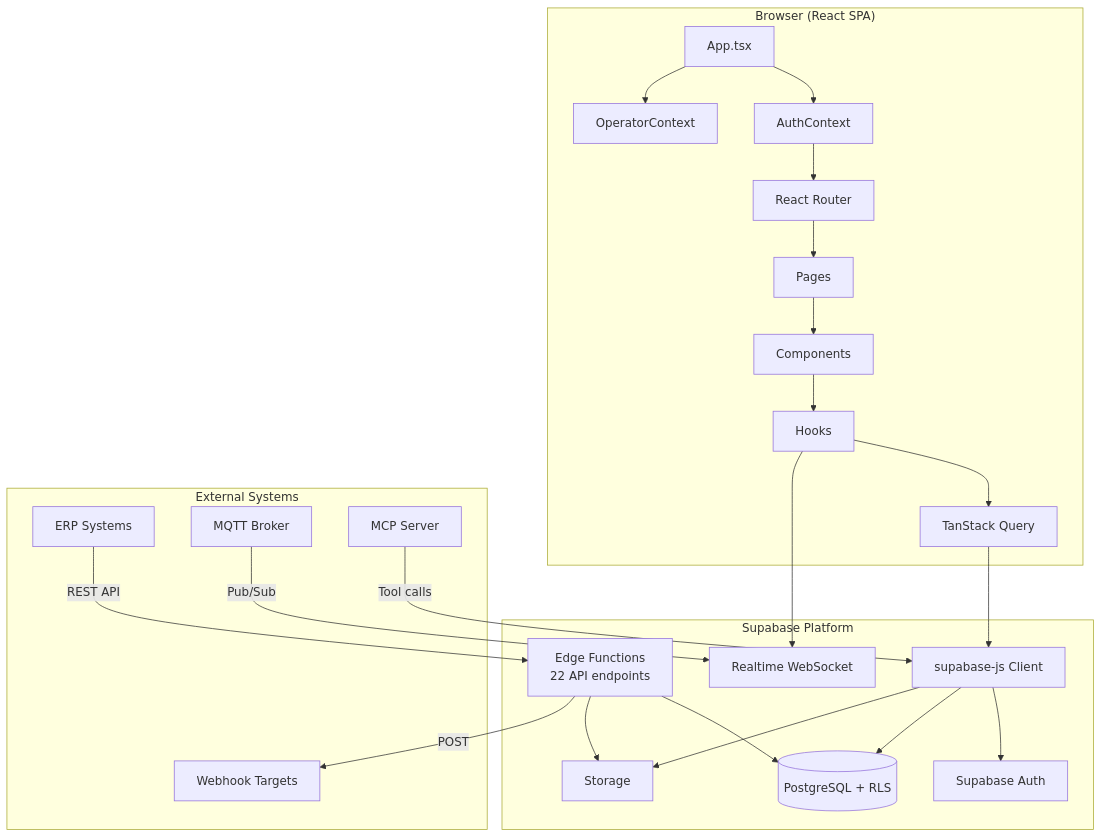
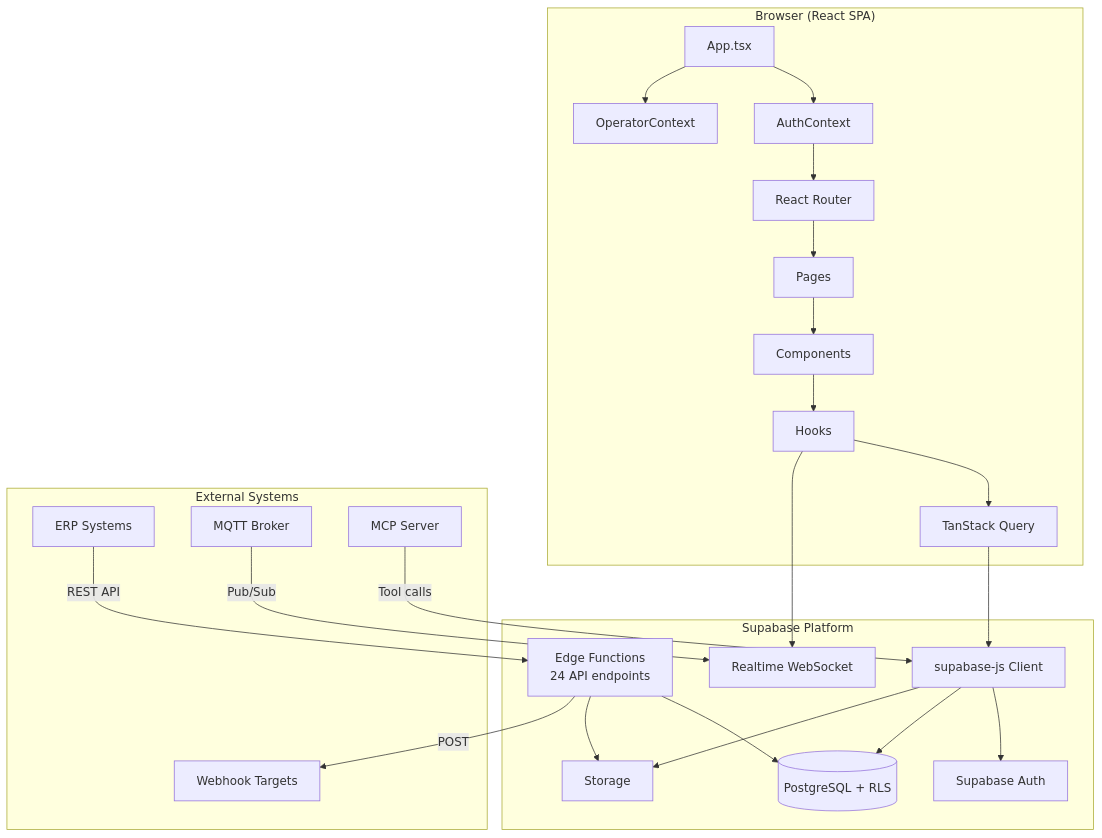
Before and after one commit to SheetMetalConnect/eryxon-flow: the first of 6 diagrams in docs/ARCHITECTURE.md, drawn with Mermaid. The commit also changed other lines of this file and 2 other files, not shown here.

Commit message:
docs: add batch API endpoints to API catalog and architecture docs

````diff
--- a/docs/ARCHITECTURE.md
+++ b/docs/ARCHITECTURE.md
@@ -7,48 +7,48 @@
 ```mermaid
 graph TB
     subgraph Client["Browser (React SPA)"]
         App[App.tsx]
         Auth[AuthContext]
         Op[OperatorContext]
         Router[React Router]
         Pages[Pages]
         Components[Components]
         Hooks[Hooks]
         QC[TanStack Query]
     end
 
     subgraph Supabase["Supabase Platform"]
         SBClient[supabase-js Client]
         SBAuth[Supabase Auth]
         SBRealtime[Realtime WebSocket]
         SBStorage[Storage]
-        EdgeFns[Edge Functions<br/>22 API endpoints]
+        EdgeFns[Edge Functions<br/>24 API endpoints]
         DB[(PostgreSQL + RLS)]
     end
 
     subgraph External["External Systems"]
         ERP[ERP Systems]
         MQTT[MQTT Broker]
         MCP[MCP Server]
         Webhooks[Webhook Targets]
     end
 
     App --> Auth --> Router
     App --> Op
     Router --> Pages --> Components
     Components --> Hooks
     Hooks --> QC --> SBClient
     Hooks --> SBRealtime
 
     SBClient --> SBAuth
     SBClient --> DB
     SBClient --> SBStorage
 
     EdgeFns --> DB
     EdgeFns --> SBStorage
 
     ERP -->|"REST API"| EdgeFns
     MCP -->|"Tool calls"| SBClient
     EdgeFns -->|"POST"| Webhooks
     MQTT -->|"Pub/Sub"| SBRealtime
 ```
````
